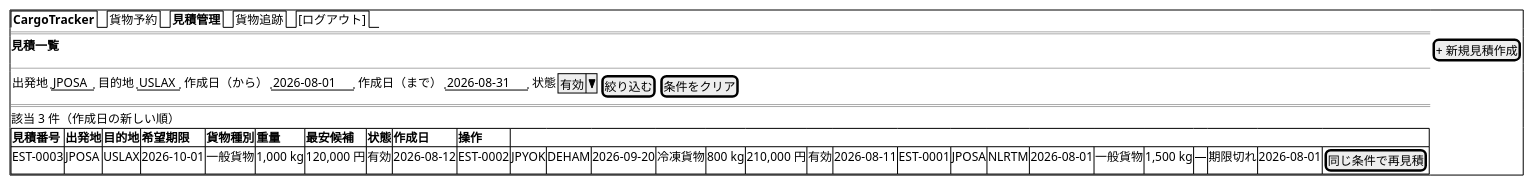
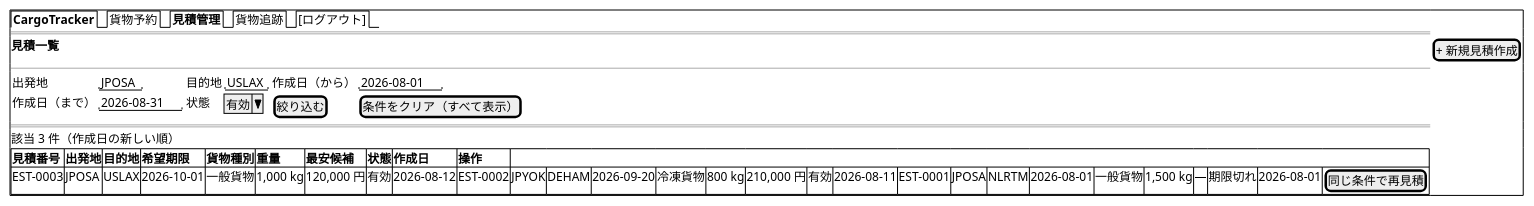
Before and after one commit to k2works/case-study-cargo-tracker: diagram 27 of 30 in docs/design/ui_design.md, drawn with PlantUML. The commit also changed other lines of this file and 60 other files, not shown here.

````diff
--- a/docs/design/ui_design.md
+++ b/docs/design/ui_design.md
@@ -1768,22 +1768,22 @@
 ```plantuml
 @startsalt
 {+
   {/ <b>CargoTracker</b> | 貨物予約 | <b>見積管理</b> | 貨物追跡 | [ログアウト] }
   ==
   <b>見積一覧</b> | [+ 新規見積作成]
   --
   {
-    出発地 | "JPOSA" | 目的地 | "USLAX" | 作成日（から） | "2026-08-01" |
-    作成日（まで） | "2026-08-31" | 状態 | ^有効^ | [絞り込む] | [条件をクリア]
+    出発地 | "JPOSA" | 目的地 | "USLAX" | 作成日（から） | "2026-08-01"
+    作成日（まで） | "2026-08-31" | 状態 | ^有効^ | [絞り込む] | [条件をクリア（すべて表示）]
   }
   ==
   該当 3 件（作成日の新しい順）
   {#
     **見積番号** | **出発地** | **目的地** | **希望期限** | **貨物種別** | **重量** | **最安候補** | **状態** | **作成日** | **操作**
     EST-0003 | JPOSA | USLAX | 2026-10-01 | 一般貨物 | 1,000 kg | 120,000 円 | 有効     | 2026-08-12 |
     EST-0002 | JPYOK | DEHAM | 2026-09-20 | 冷凍貨物 |   800 kg | 210,000 円 | 有効     | 2026-08-11 |
     EST-0001 | JPOSA | NLRTM | 2026-08-01 | 一般貨物 | 1,500 kg | —          | 期限切れ | 2026-08-01 | [同じ条件で再見積]
   }
 }
 @endsalt
 ```
````
